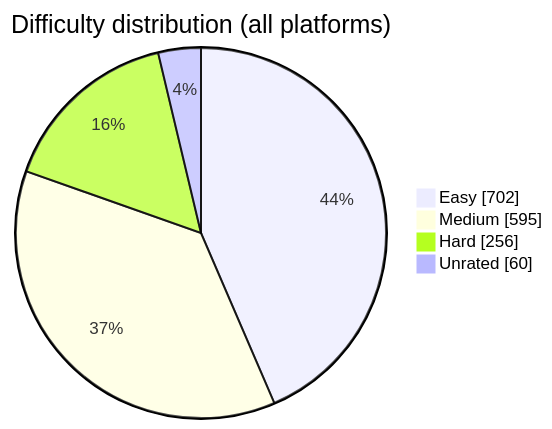
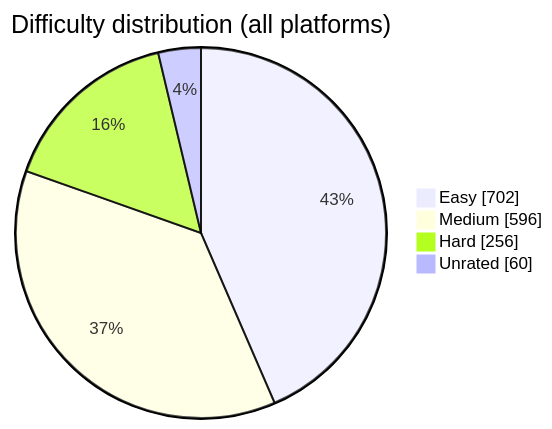
Before and after one commit to BuildbyArindam/Daily-Coding-Log: the diagram in README.md, drawn with Mermaid. The commit also changed other lines of this file, not shown here.

````diff
--- a/README.md
+++ b/README.md
@@ -93,7 +93,7 @@
 ```mermaid
 pie showData title Difficulty distribution (all platforms)
     "Easy" : 702
-    "Medium" : 595
+    "Medium" : 596
     "Hard" : 256
     "Unrated" : 60
 ```
````
